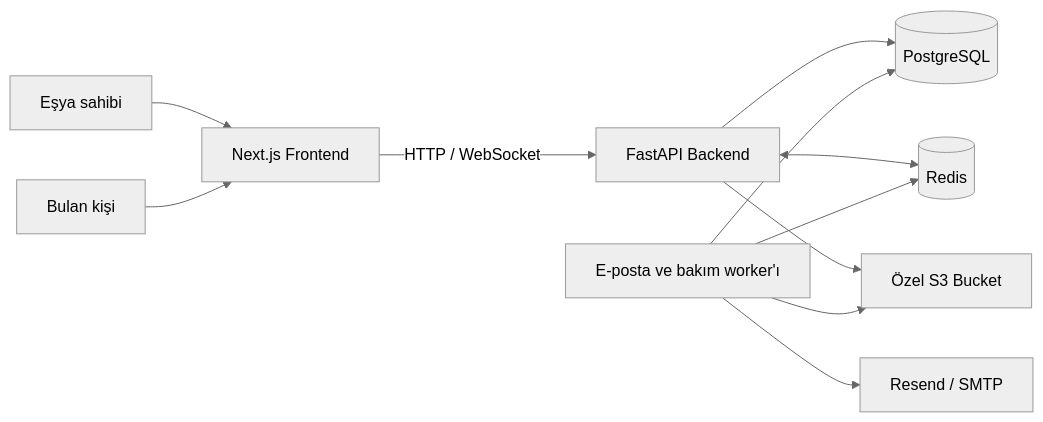
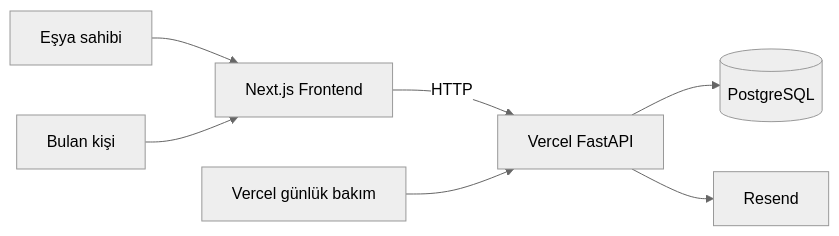
The diagram in README.md (DuranGZR/KayipQR), drawn with Mermaid (neutral theme) before and after one commit. The commit also changed other lines of this file and 51 other files, not shown here.

````diff
--- a/README.md
+++ b/README.md
@@ -83,13 +83,9 @@
 ```mermaid
 flowchart LR
     Owner[Eşya sahibi] --> Web[Next.js Frontend]
     Finder[Bulan kişi] --> Web
-    Web -->|HTTP / WebSocket| API[FastAPI Backend]
+    Web -->|HTTP| API[Vercel FastAPI]
     API --> DB[(PostgreSQL)]
-    API <--> Redis[(Redis)]
-    API --> Bucket[Özel S3 Bucket]
-    Worker[E-posta ve bakım worker'ı] --> DB
-    Worker --> Redis
-    Worker --> Bucket
-    Worker --> Mail[Resend / SMTP]
+    Cron[Vercel günlük bakım] --> API
+    API --> Mail[Resend]
 ```
````
